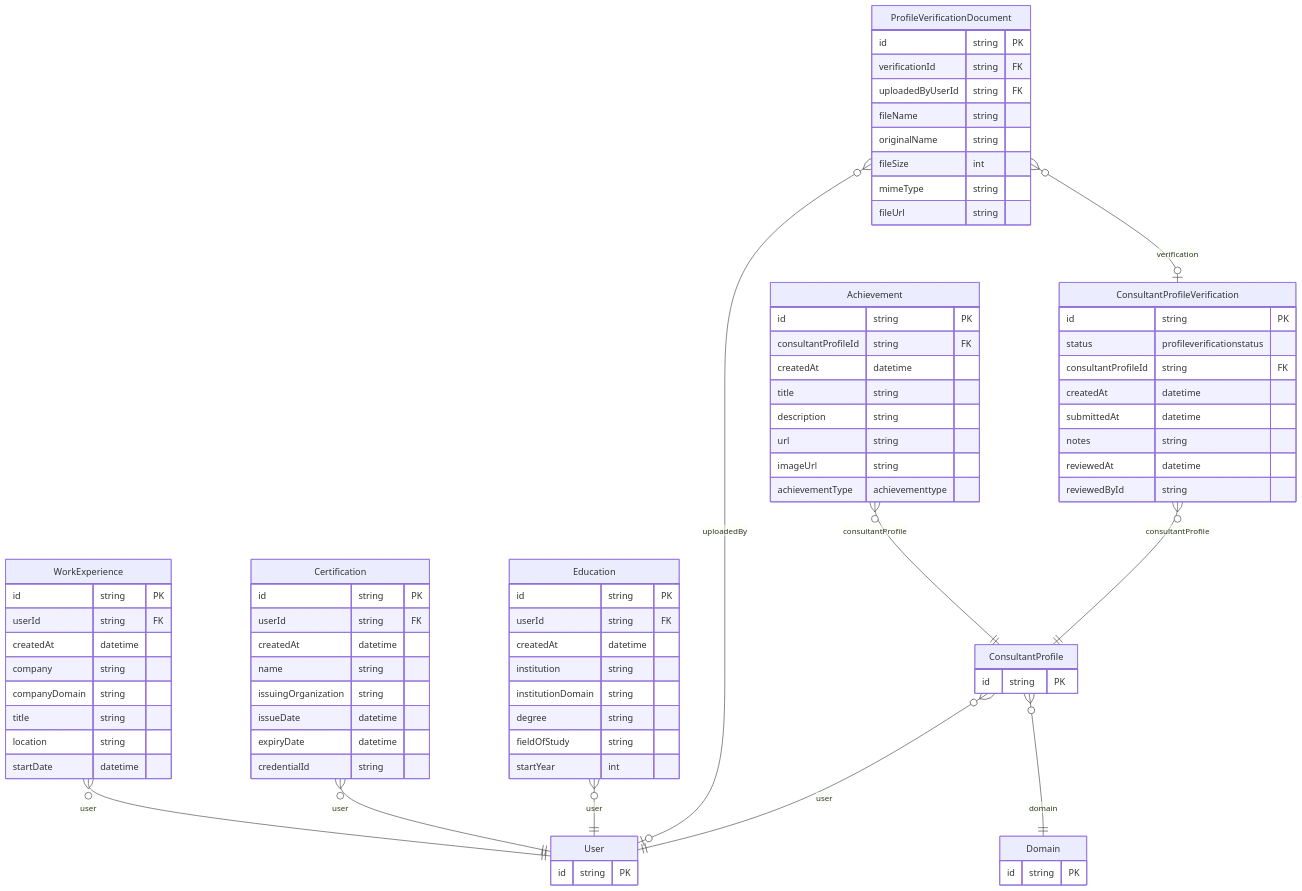
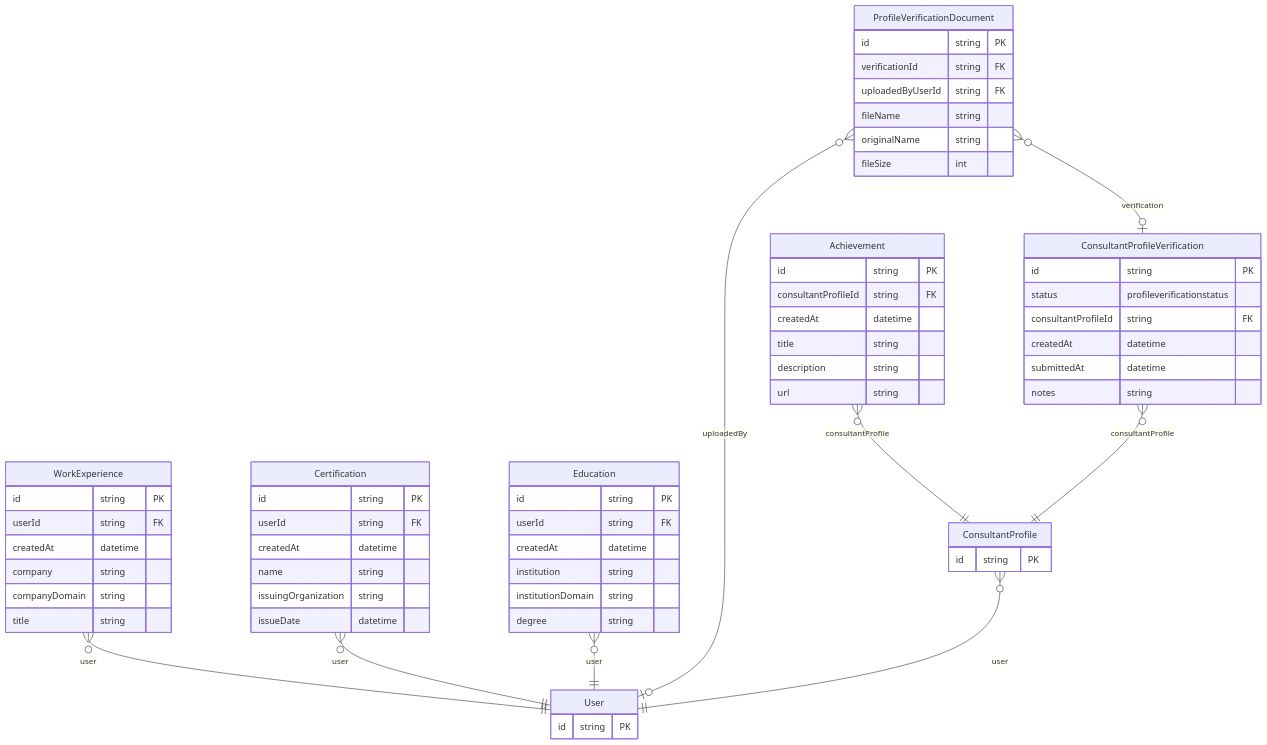
The third of 4 diagrams in docs/prisma/domains/01-identity-and-profiles.md (Practitionist/familiarise_web), drawn with Mermaid before and after one commit. The commit also changed other lines of this file and 14 other files, not shown here.

````diff
--- a/docs/prisma/domains/01-identity-and-profiles.md
+++ b/docs/prisma/domains/01-identity-and-profiles.md
@@ -216,81 +181,65 @@
 ```mermaid
 erDiagram
     WorkExperience {
         id string PK
         userId string FK
         createdAt datetime
         company string
         companyDomain string
         title string
-        location string
-        startDate datetime
     }
     Certification {
         id string PK
         userId string FK
         createdAt datetime
         name string
         issuingOrganization string
         issueDate datetime
-        expiryDate datetime
-        credentialId string
     }
     Education {
         id string PK
         userId string FK
         createdAt datetime
         institution string
         institutionDomain string
         degree string
-        fieldOfStudy string
-        startYear int
     }
     Achievement {
         id string PK
         consultantProfileId string FK
         createdAt datetime
         title string
         description string
         url string
-        imageUrl string
-        achievementType achievementtype
     }
     ConsultantProfileVerification {
         id string PK
         status profileverificationstatus
         consultantProfileId string FK
         createdAt datetime
         submittedAt datetime
         notes string
-        reviewedAt datetime
-        reviewedById string
     }
     ProfileVerificationDocument {
         id string PK
         verificationId string FK
         uploadedByUserId string FK
         fileName string
         originalName string
         fileSize int
-        mimeType string
-        fileUrl string
     }
     User {
         id string PK
     }
     ConsultantProfile {
-        id string PK
-    }
-    Domain {
         id string PK
     }
     WorkExperience }o--|| User : "user"
     Certification }o--|| User : "user"
     Education }o--|| User : "user"
     Achievement }o--|| ConsultantProfile : "consultantProfile"
     ConsultantProfileVerification }o--|| ConsultantProfile : "consultantProfile"
     ProfileVerificationDocument }o--o| ConsultantProfileVerification : "verification"
     ProfileVerificationDocument }o--o| User : "uploadedBy"
-    ConsultantProfile }o--|| Domain : "domain"
     ConsultantProfile }o--|| User : "user"
 ```
````
